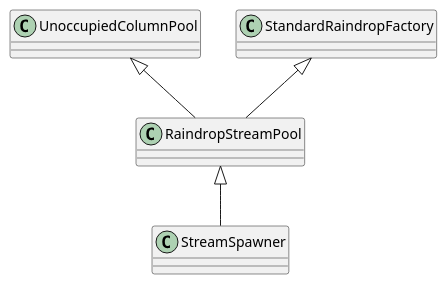
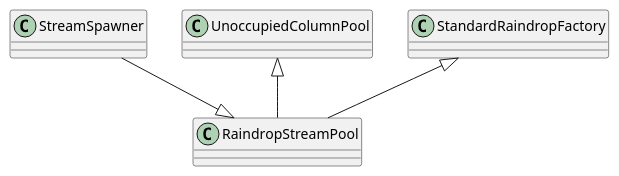
The diagram in class_diagram.puml (JamesComo44/DigitalRain), drawn with PlantUML before and after one commit.

```diff
--- a/class_diagram.puml
+++ b/class_diagram.puml
@@ -1,5 +1,6 @@
 @startuml
-RaindropStreamPool <|-- StreamSpawner
+StreamSpawner --|> RaindropStreamPool 
+
 UnoccupiedColumnPool <|-- RaindropStreamPool
 StandardRaindropFactory <|-- RaindropStreamPool
 @enduml
```
